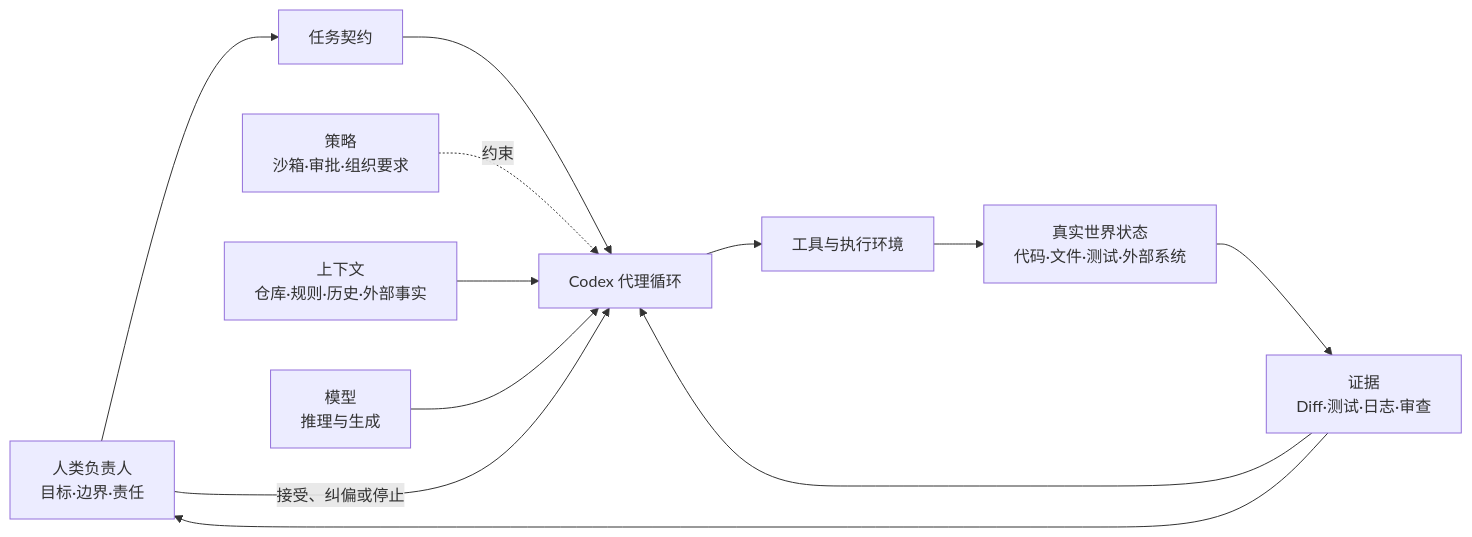
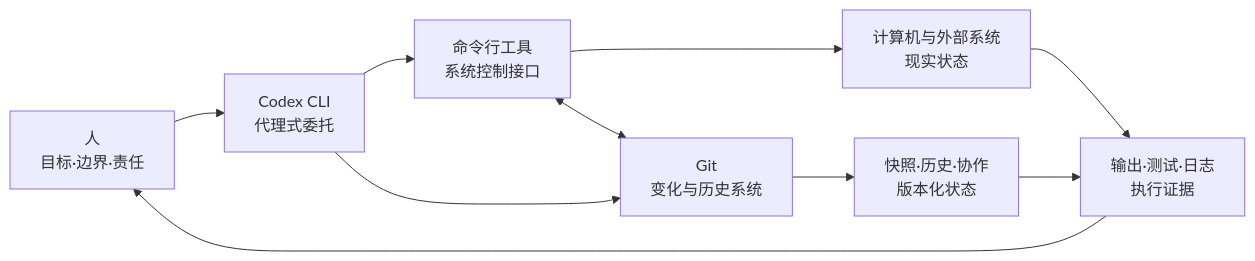
The diagram in README.md (Maoxin1/tool-mental-models), drawn with Mermaid before and after one commit. The commit also changed other lines of this file and 3 other files, not shown here.

````diff
--- a/README.md
+++ b/README.md
@@ -40,14 +21,12 @@
-~~~mermaid
+```mermaid
 flowchart LR
-    H[人类负责人<br/>目标·边界·责任] --> C[任务契约]
-    C --> A[Codex 代理循环]
-    P[策略<br/>沙箱·审批·组织要求] -.约束.-> A
-    X[上下文<br/>仓库·规则·历史·外部事实] --> A
-    M[模型<br/>推理与生成] --> A
-    A --> T[工具与执行环境]
-    T --> R[真实世界状态<br/>代码·文件·测试·外部系统]
-    R --> E[证据<br/>Diff·测试·日志·审查]
-    E --> A
+    H[人<br/>目标·边界·责任] --> A[Codex CLI<br/>代理式委托]
+    A --> C[命令行工具<br/>系统控制接口]
+    A --> G[Git<br/>变化与历史系统]
+    C --> S[计算机与外部系统<br/>现实状态]
+    G --> V[快照·历史·协作<br/>版本化状态]
+    C <--> G
+    S --> E[输出·测试·日志<br/>执行证据]
+    V --> E
     E --> H
-    H -->|接受、纠偏或停止| A
-~~~
+```
````
